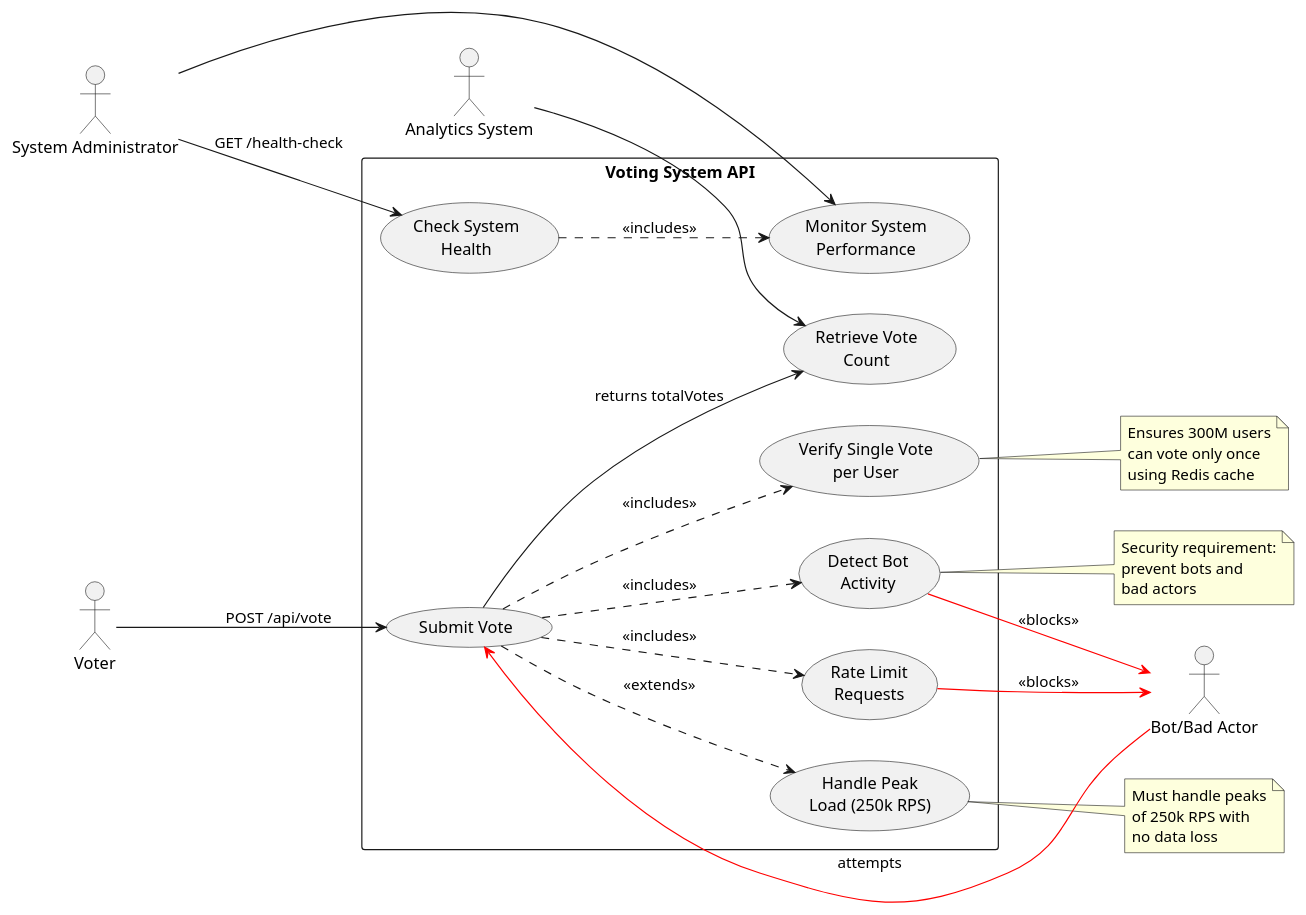
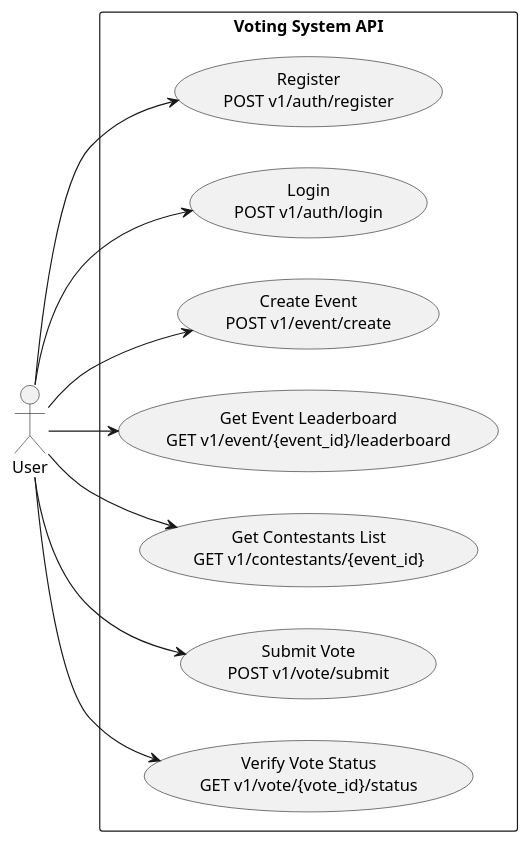
One commit to vikthorvergara/arch-kata-voting-system changed the diagram in use-case-diagram.puml. Above: the diagram before and after it, drawn with PlantUML. The commit also changed 1 other file, not shown here.

Commit message:
fix: Simpler use case diagram

```diff
--- a/use-case-diagram.puml
+++ b/use-case-diagram.puml
@@ -1,57 +1,25 @@
 @startuml Voting System API Use Case Diagram
 
 left to right direction
 
-actor "Voter" as voter
-actor "System Administrator" as admin
-actor "Analytics System" as analytics
-actor "Bot/Bad Actor" as bot
+actor "User" as user
 
 rectangle "Voting System API" {
-  usecase "Submit Vote" as UC1
-  usecase "Verify Single Vote\nper User" as UC2
-  usecase "Check System\nHealth" as UC3
-  usecase "Detect Bot\nActivity" as UC4
-  usecase "Rate Limit\nRequests" as UC5
-  usecase "Retrieve Vote\nCount" as UC6
-  usecase "Monitor System\nPerformance" as UC7
-  usecase "Handle Peak\nLoad (250k RPS)" as UC8
+  usecase "Register\nPOST v1/auth/register" as UC1
+  usecase "Login\nPOST v1/auth/login" as UC2
+  usecase "Create Event\nPOST v1/event/create" as UC3
+  usecase "Get Event Leaderboard\nGET v1/event/{event_id}/leaderboard" as UC4
+  usecase "Get Contestants List\nGET v1/contestants/{event_id}" as UC5
+  usecase "Submit Vote\nPOST v1/vote/submit" as UC6
+  usecase "Verify Vote Status\nGET v1/vote/{vote_id}/status" as UC7
 }
 
-voter --> UC1 : POST /api/vote
-UC1 ..> UC2 : <<includes>>
-UC1 ..> UC4 : <<includes>>
-UC1 ..> UC5 : <<includes>>
-UC1 --> UC6 : returns totalVotes
-
-bot -[#red]-> UC1 : attempts
-UC4 -[#red]-> bot : <<blocks>>
-UC5 -[#red]-> bot : <<blocks>>
-
-admin --> UC3 : GET /health-check
-admin --> UC7
-
-analytics --> UC6
-
-UC1 ..> UC8 : <<extends>>
-UC3 ..> UC7 : <<includes>>
-
-note right of UC2
-  Ensures 300M users
-  can vote only once
-  using Redis cache
-end note
-
-note right of UC4
-  Security requirement:
-  prevent bots and
-  bad actors
-end note
-
-note right of UC8
-  Must handle peaks
-  of 250k RPS with
-  no data loss
-end note
+user --> UC1
+user --> UC2
+user --> UC3
+user --> UC4
+user --> UC5
+user --> UC6
+user --> UC7
 
 @enduml
```
